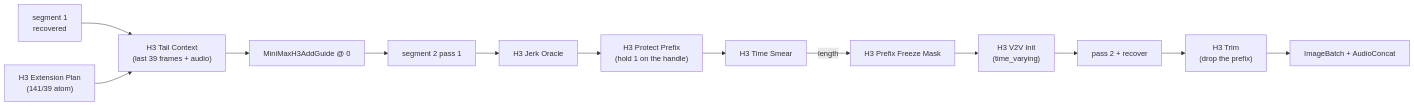
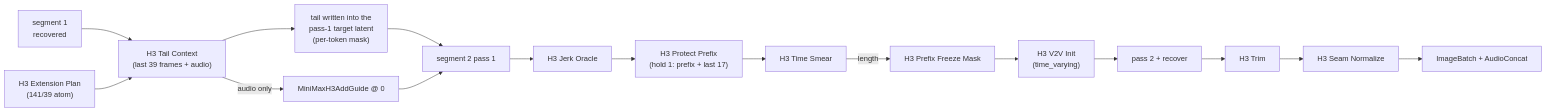
Before and after one commit to Carasibana/ComfyUI-MAINodes: the sixth of 7 diagrams in examples/README.md, drawn with Mermaid. The commit also changed other lines of this file and 2 other files, not shown here.

Commit message:
extension docs caught up to the code: masked path is the mechanism (measured 0.86-1.1x join vs 5-6.5x guide on two content sets), frozen prefix + protected suffix, seam normalize colour on / audio off, capability fallback described; ALPHA state block, examples diagram, ROADMAP lessons

````diff
--- a/examples/README.md
+++ b/examples/README.md
@@ -144,9 +149,10 @@
 ```mermaid
 flowchart LR
     R1["segment 1<br/>recovered"] --> TC["H3 Tail Context<br/>(last 39 frames + audio)"]
     P["H3 Extension Plan<br/>(141/39 atom)"] --> TC
-    TC --> AG["MiniMaxH3AddGuide @ 0"] --> S2["segment 2 pass 1"]
-    S2 --> O["H3 Jerk Oracle"] --> PP["H3 Protect Prefix<br/>(hold 1 on the handle)"] --> TS["H3 Time Smear"]
+    TC --> ML["tail written into the<br/>pass-1 target latent<br/>(per-token mask)"] --> S2["segment 2 pass 1"]
+    TC -- "audio only" --> AG["MiniMaxH3AddGuide @ 0"] --> S2
+    S2 --> O["H3 Jerk Oracle"] --> PP["H3 Protect Prefix<br/>(hold 1: prefix + last 17)"] --> TS["H3 Time Smear"]
     TS -- "length" --> FM["H3 Prefix Freeze Mask"] --> V["H3 V2V Init<br/>(time_varying)"]
-    V --> D2["pass 2 + recover"] --> T["H3 Trim<br/>(drop the prefix)"] --> A["ImageBatch + AudioConcat"]
+    V --> D2["pass 2 + recover"] --> T["H3 Trim"] --> N["H3 Seam Normalize"] --> A["ImageBatch + AudioConcat"]
 ```
````
